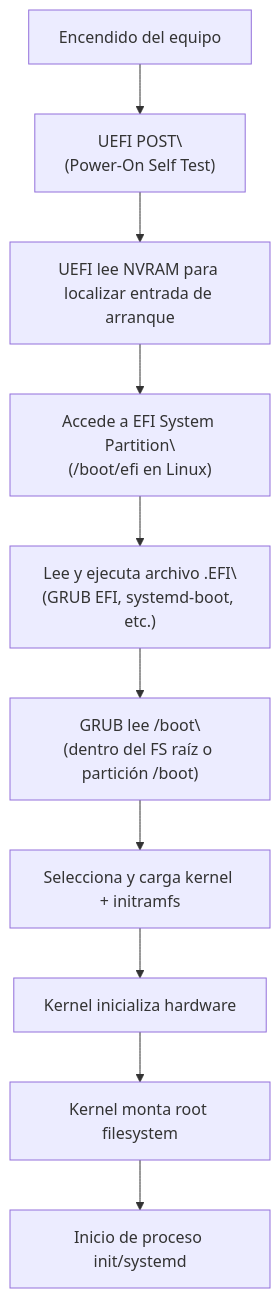
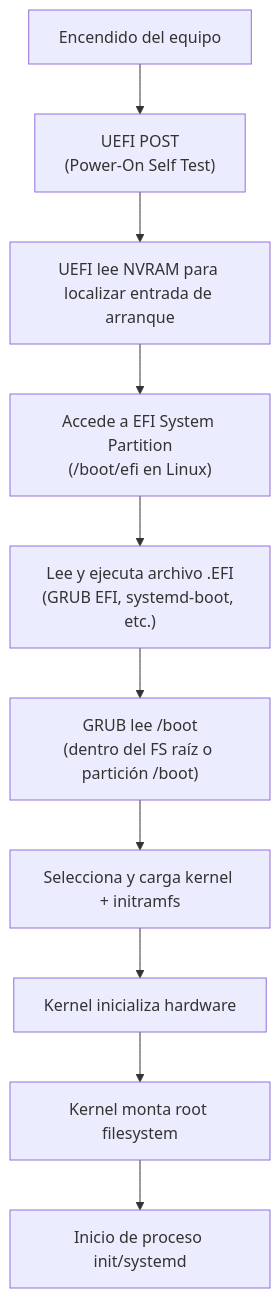
The second of 3 diagrams in Anexos_LFS4Students-ES/Bios_boot-UEFI.md (GualaDRAKE/LFS4Students-ES), drawn with Mermaid before and after one commit. The commit also changed other lines of this file, not shown here.

````diff
--- a/Anexos_LFS4Students-ES/Bios_boot-UEFI.md
+++ b/Anexos_LFS4Students-ES/Bios_boot-UEFI.md
@@ -299,12 +299,12 @@
 ```mermaid
 flowchart TD
-    A["Encendido del equipo"] --> B["UEFI POST\\n(Power-On Self Test)"]
+    A["Encendido del equipo"] --> B["UEFI POST<br>(Power-On Self Test)"]
     B --> C["UEFI lee NVRAM para localizar entrada de arranque"]
-    C --> D["Accede a EFI System Partition\\n(/boot/efi en Linux)"]
-    D --> E["Lee y ejecuta archivo .EFI\\n(GRUB EFI, systemd-boot, etc.)"]
-    E --> F["GRUB lee /boot\\n(dentro del FS raíz o partición /boot)"]
+    C --> D["Accede a EFI System Partition<br>(/boot/efi en Linux)"]
+    D --> E["Lee y ejecuta archivo .EFI<br>(GRUB EFI, systemd-boot, etc.)"]
+    E --> F["GRUB lee /boot<br>(dentro del FS raíz o partición /boot)"]
     F --> G["Selecciona y carga kernel + initramfs"]
     G --> H["Kernel inicializa hardware"]
     H --> I["Kernel monta root filesystem"]
     I --> J["Inicio de proceso init/systemd"]
 ```
````
